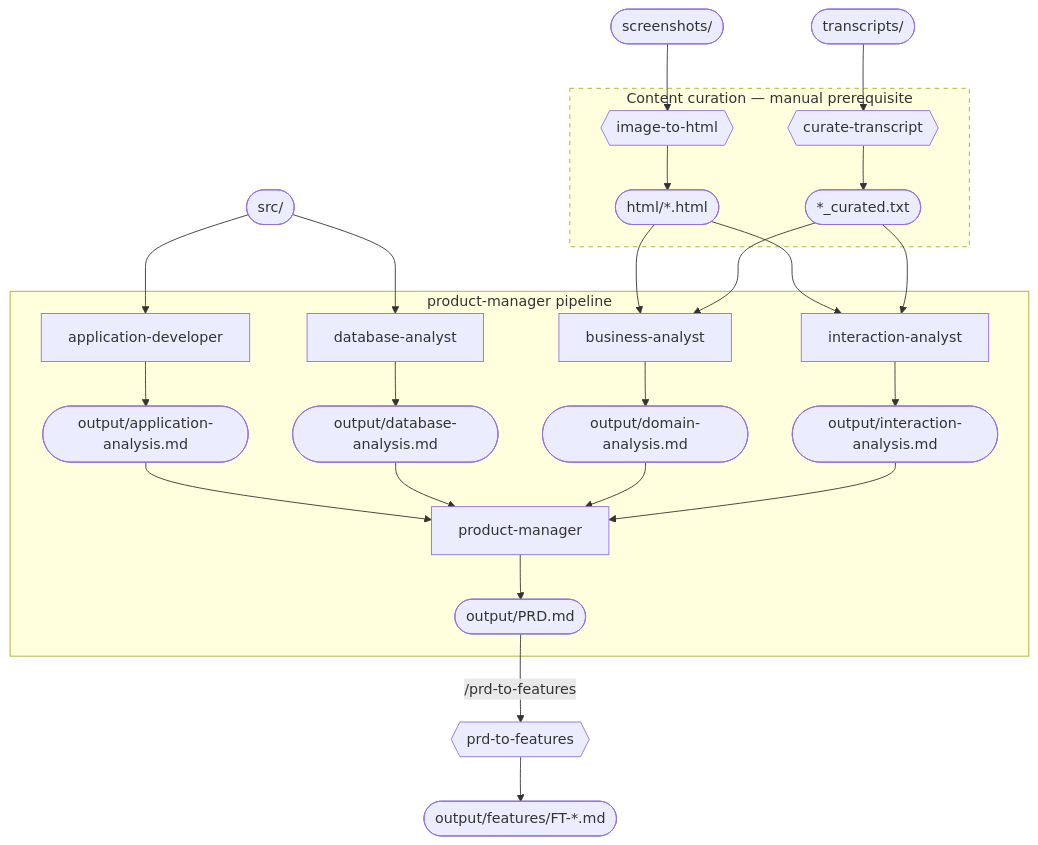
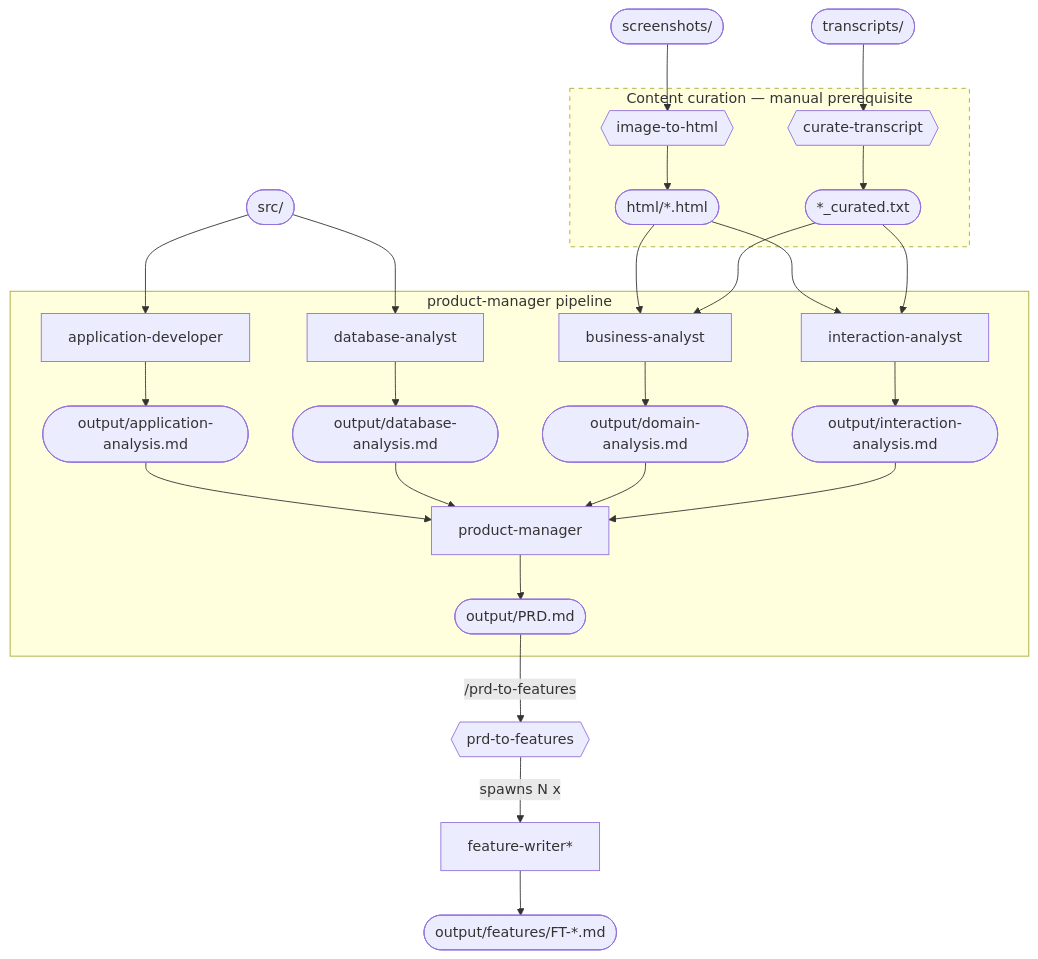
One commit to martfo/claude-legacy-reveng-plugin changed the second of 2 diagrams in README.md. Above: the diagram before and after it, drawn with Mermaid. The commit also changed other lines of this file and 2 other files, not shown here.

First line of the commit message:
feat: decompose prd-to-features into orchestrator skill and feature-writer agent

````diff
--- a/README.md
+++ b/README.md
@@ -173,42 +176,43 @@
 ```mermaid
 flowchart TB
     screenshots(["screenshots/"])
     transcripts(["transcripts/"])
     src(["src/"])
 
     subgraph curation ["Content curation — manual prerequisite"]
         i2h{{image-to-html}}
         ct{{curate-transcript}}
         html(["html/*.html"])
         curated(["*_curated.txt"])
 
         i2h --> html
         ct --> curated
     end
     style curation stroke-dasharray: 5 5
 
     screenshots --> i2h
     transcripts --> ct
 
     subgraph pm_pipeline ["product-manager pipeline"]
         appdev[application-developer]
         dbanalyst[database-analyst]
         ba[business-analyst]
         ia[interaction-analyst]
         PM[product-manager]
 
         appdev --> application(["output/application-analysis.md"])
         dbanalyst --> database(["output/database-analysis.md"])
         ba --> domain(["output/domain-analysis.md"])
         ia --> interaction(["output/interaction-analysis.md"])
 
         application & database & domain & interaction --> PM
         PM --> PRD(["output/PRD.md"])
     end
 
     PRD -->|"/prd-to-features"| p2f_skill{{prd-to-features}}
-    p2f_skill --> features(["output/features/FT-*.md"])
+    p2f_skill -->|spawns N x| fw[feature-writer*]
+    fw --> features(["output/features/FT-*.md"])
 
     src --> appdev & dbanalyst
     html & curated --> ba & ia
 ```
````
